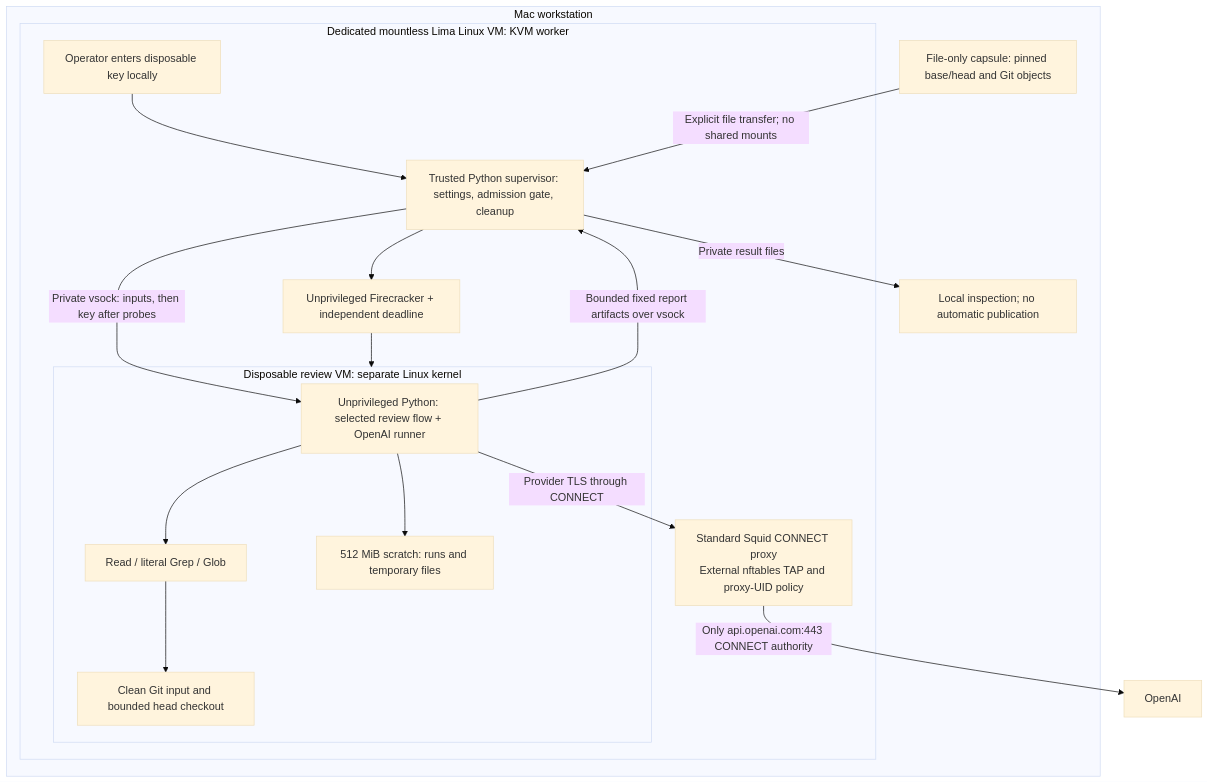
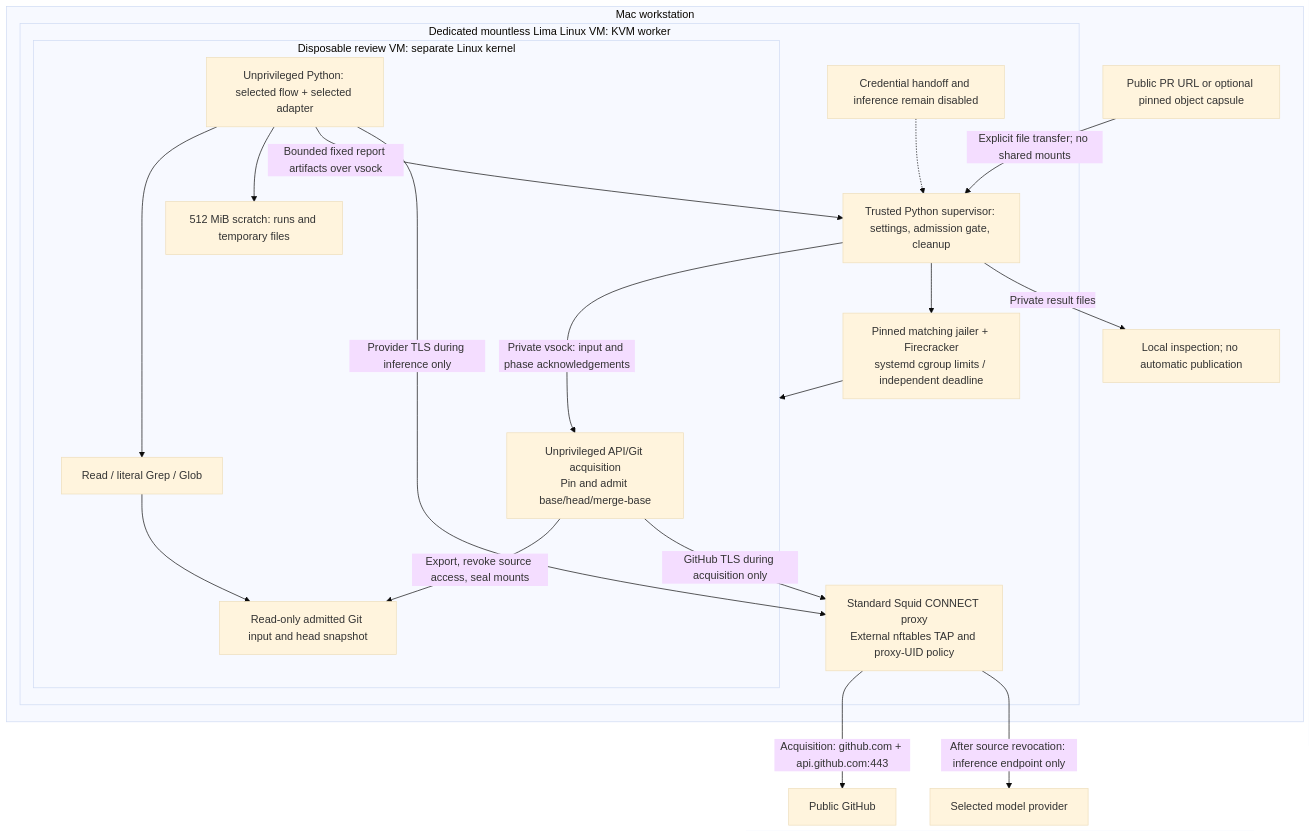
Before and after one commit to sskelkar/code-reviewer: the diagram in docs/sandbox-architecture.md, drawn with Mermaid (base theme). The commit also changed other lines of this file and 68 other files, not shown here.

````diff
--- a/docs/sandbox-architecture.md
+++ b/docs/sandbox-architecture.md
@@ -29,27 +9,31 @@
 ```mermaid
 flowchart TB
     subgraph MAC["Mac workstation"]
-        INPUT["File-only capsule: pinned base/head and Git objects"]
+        INPUT["Public PR URL or optional pinned object capsule"]
         subgraph LINUX["Dedicated mountless Lima Linux VM: KVM worker"]
             HOST["Trusted Python supervisor: settings, admission gate, cleanup"]
-            VMM["Unprivileged Firecracker + independent deadline"]
+            VMM["Pinned matching jailer + Firecracker<br/>systemd cgroup limits / independent deadline"]
             PROXY["Standard Squid CONNECT proxy<br/>External nftables TAP and proxy-UID policy"]
             subgraph JOB["Disposable review VM: separate Linux kernel"]
-                PY["Unprivileged Python: selected review flow + OpenAI runner"]
-                TREE["Clean Git input and bounded head checkout"]
+                ACQUIRE["Unprivileged API/Git acquisition<br/>Pin and admit base/head/merge-base"]
+                PY["Unprivileged Python: selected flow + selected adapter"]
+                TREE["Read-only admitted Git input and head snapshot"]
                 TOOLS["Read / literal Grep / Glob"]
                 SCRATCH["512 MiB scratch: runs and temporary files"]
+                ACQUIRE -->|"Export, revoke source access, seal mounts"| TREE
                 PY --> TOOLS --> TREE
                 PY --> SCRATCH
             end
             HOST --> VMM --> JOB
-            HOST -->|"Private vsock: inputs, then key after probes"| PY
+            HOST -->|"Private vsock: input and phase acknowledgements"| ACQUIRE
             PY -->|"Bounded fixed report artifacts over vsock"| HOST
-            PY -->|"Provider TLS through CONNECT"| PROXY
-            KEY["Operator enters disposable key locally"] --> HOST
+            ACQUIRE -->|"GitHub TLS during acquisition only"| PROXY
+            PY -->|"Provider TLS during inference only"| PROXY
+            KEY["Credential handoff and inference remain disabled"] -.-> HOST
         end
         INPUT -->|"Explicit file transfer; no shared mounts"| HOST
         HOST -->|"Private result files"| OUTPUT["Local inspection; no automatic publication"]
     end
-    PROXY -->|"Only api.openai.com:443 CONNECT authority"| PROVIDER["OpenAI"]
+    PROXY -->|"Acquisition: github.com + api.github.com:443"| SOURCE["Public GitHub"]
+    PROXY -->|"After source revocation: inference endpoint only"| PROVIDER["Selected model provider"]
 ```
````
